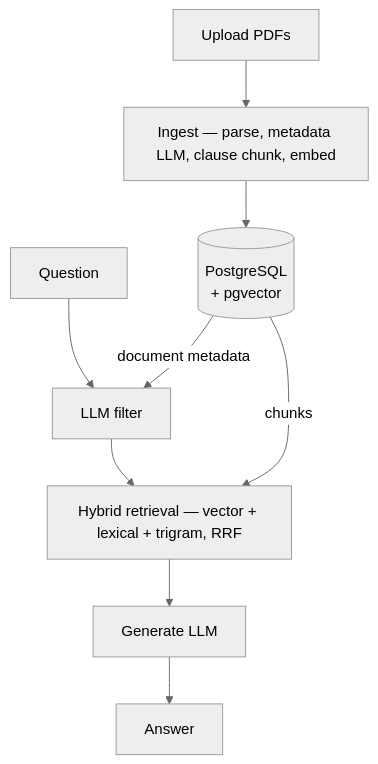
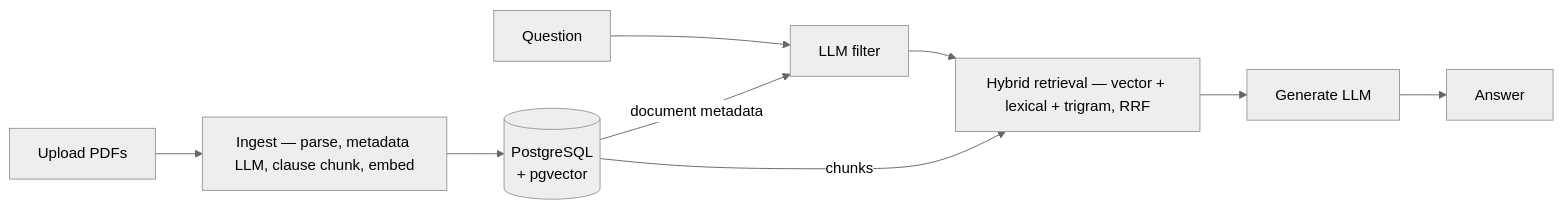
The diagram in README.md (amadeuserras/leaseclear), drawn with Mermaid (neutral theme) before and after one commit.

Commit message:
docs: change flowchart direction in README for better visualization

````diff
--- a/README.md
+++ b/README.md
@@ -18,12 +18,12 @@
 ```mermaid
-flowchart TB
+flowchart LR
   UP["Upload PDFs"] --> ING["Ingest — parse, metadata LLM, clause chunk, embed"]
   ING --> DB[("PostgreSQL<br>+ pgvector")]
 
   Q["Question"] --> FIL["LLM filter"]
   DB -- "document metadata" --> FIL
   FIL --> RET["Hybrid retrieval — vector + lexical + trigram, RRF"]
   DB -- "chunks" --> RET
   RET --> GEN["Generate LLM"]
   GEN --> FE["Answer"]
 ```
````
